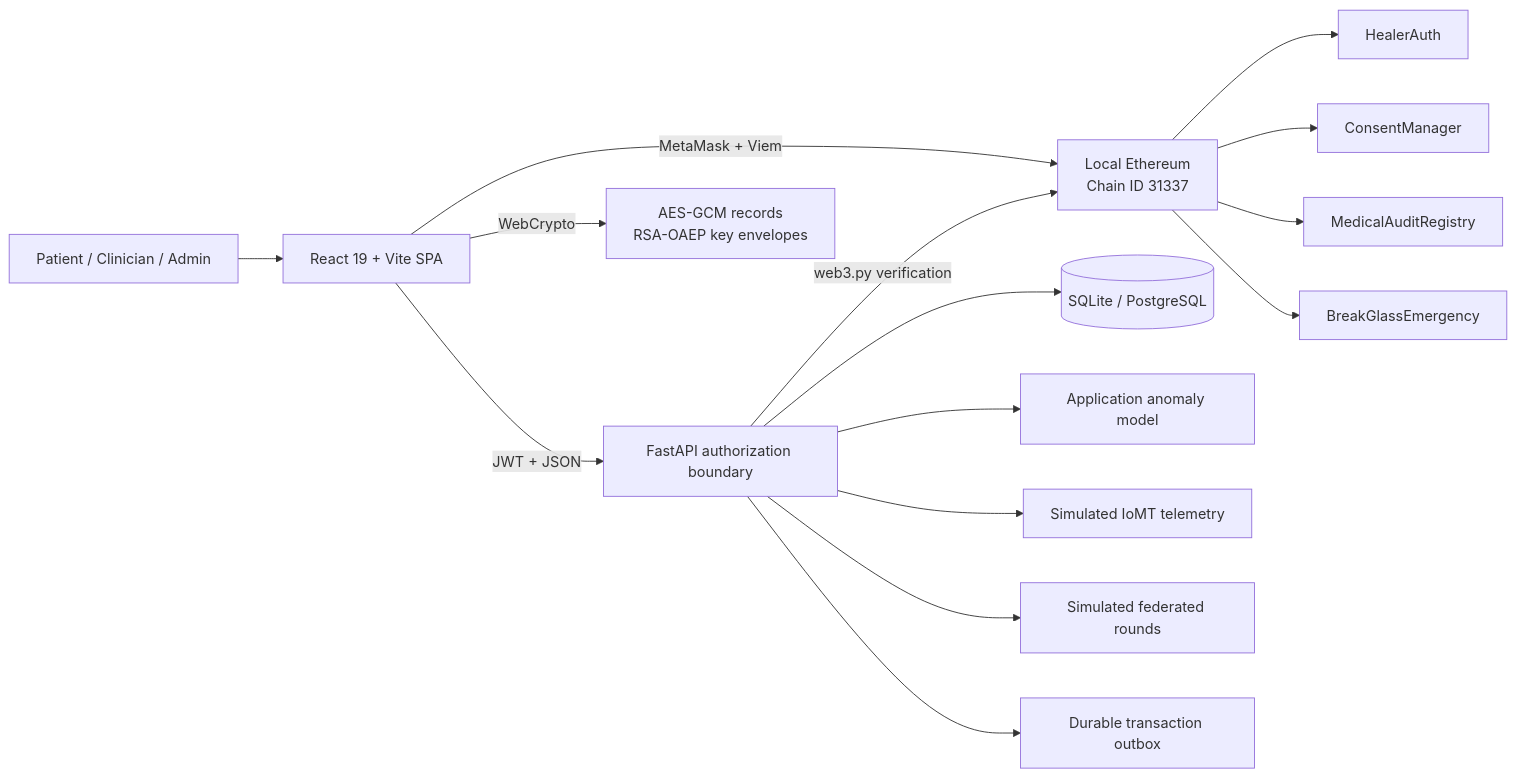
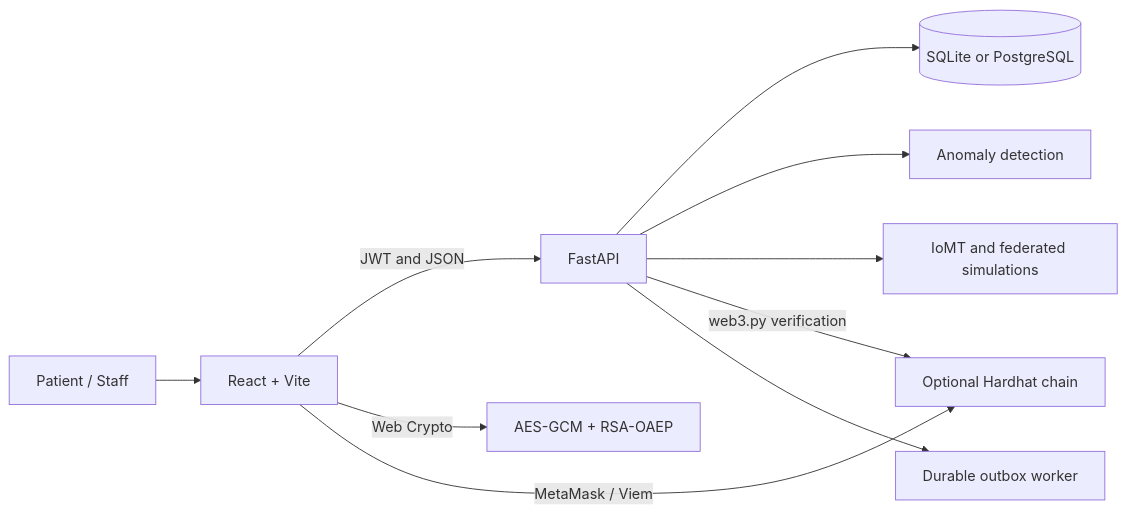
The diagram in README.md (EmanFatima045/Enhancing-Healthcare-through-Blockchain-And-AI-anomly-detectiom), drawn with Mermaid before and after one commit. The commit also changed other lines of this file, not shown here.

````diff
--- a/README.md
+++ b/README.md
@@ -72,17 +53,12 @@
 ```mermaid
 flowchart LR
-    U[Patient / Clinician / Admin] --> SPA[React 19 + Vite SPA]
-    SPA -->|JWT + JSON| API[FastAPI authorization boundary]
-    SPA -->|WebCrypto| CRYPTO[AES-GCM records<br/>RSA-OAEP key envelopes]
-    SPA -->|MetaMask + Viem| CHAIN[Local Ethereum<br/>Chain ID 31337]
-    API --> DB[(SQLite / PostgreSQL)]
-    API --> IDS[Application anomaly model]
-    API --> IOMT[Simulated IoMT telemetry]
-    API --> FL[Simulated federated rounds]
-    API -->|web3.py verification| CHAIN
-    API --> OUTBOX[Durable transaction outbox]
-    CHAIN --> AUTH[HealerAuth]
-    CHAIN --> CONSENT[ConsentManager]
-    CHAIN --> AUDIT[MedicalAuditRegistry]
-    CHAIN --> BREAK[BreakGlassEmergency]
+    User[Patient / Staff] --> Web[React + Vite]
+    Web -->|JWT and JSON| API[FastAPI]
+    Web -->|Web Crypto| Crypto[AES-GCM + RSA-OAEP]
+    API --> DB[(SQLite or PostgreSQL)]
+    API --> IDS[Anomaly detection]
+    API --> Sim[IoMT and federated simulations]
+    Web -->|MetaMask / Viem| Chain[Optional Hardhat chain]
+    API -->|web3.py verification| Chain
+    API --> Worker[Durable outbox worker]
 ```
````
